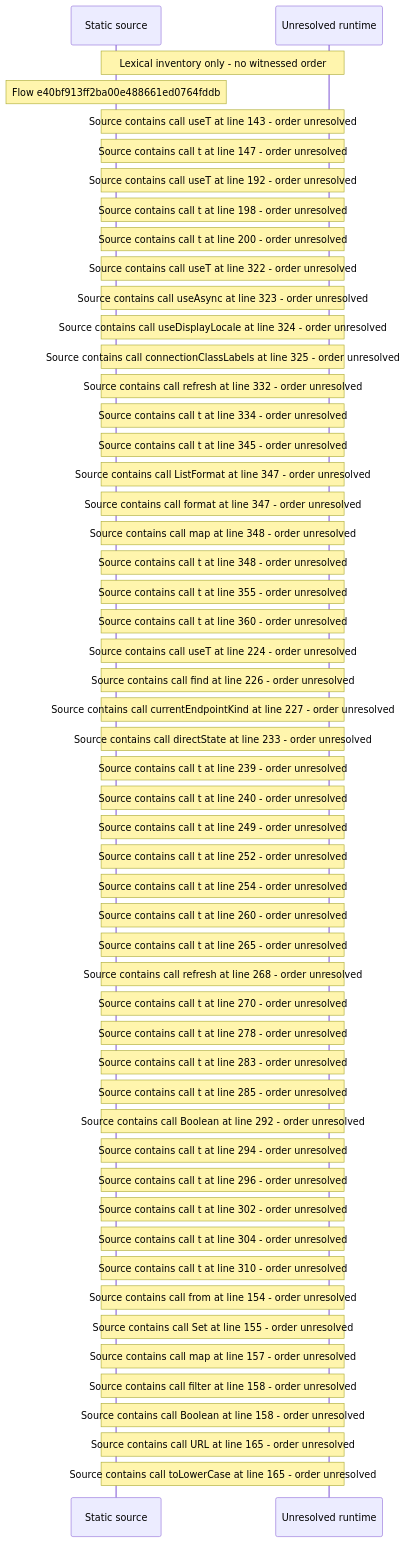
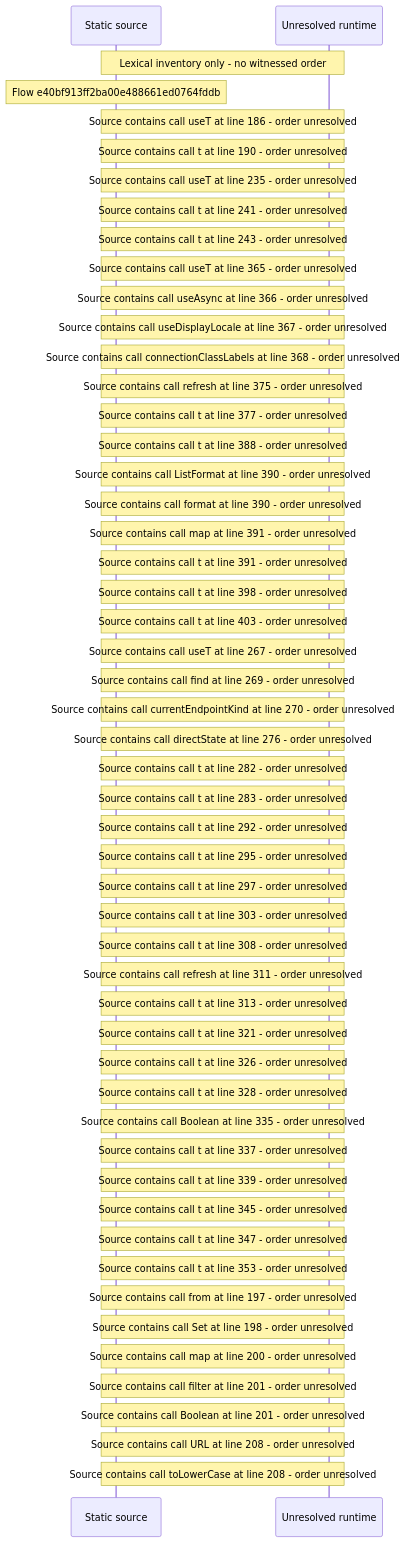
Before and after one commit to beamfall/core: the diagram in docs/web/flows/generated/e40bf913ff2ba00e488661ed0764fddb/flow-diagram.md, drawn with Mermaid. The commit also changed other lines of this file and 715 other files, not shown here.

Commit message:
Regenerate the web flow record on the landing stack head (CORE-1762)

````diff
--- a/docs/web/flows/generated/e40bf913ff2ba00e488661ed0764fddb/flow-diagram.md
+++ b/docs/web/flows/generated/e40bf913ff2ba00e488661ed0764fddb/flow-diagram.md
@@ -10,54 +10,54 @@
 ```mermaid
 sequenceDiagram
     participant S as Static source
     participant U as Unresolved runtime
     Note over S,U: Lexical inventory only - no witnessed order
     Note over S: Flow e40bf913ff2ba00e488661ed0764fddb
-    Note over S,U: Source contains call useT at line 143 - order unresolved
-    Note over S,U: Source contains call t at line 147 - order unresolved
-    Note over S,U: Source contains call useT at line 192 - order unresolved
-    Note over S,U: Source contains call t at line 198 - order unresolved
-    Note over S,U: Source contains call t at line 200 - order unresolved
-    Note over S,U: Source contains call useT at line 322 - order unresolved
-    Note over S,U: Source contains call useAsync at line 323 - order unresolved
-    Note over S,U: Source contains call useDisplayLocale at line 324 - order unresolved
-    Note over S,U: Source contains call connectionClassLabels at line 325 - order unresolved
-    Note over S,U: Source contains call refresh at line 332 - order unresolved
-    Note over S,U: Source contains call t at line 334 - order unresolved
+    Note over S,U: Source contains call useT at line 186 - order unresolved
+    Note over S,U: Source contains call t at line 190 - order unresolved
+    Note over S,U: Source contains call useT at line 235 - order unresolved
+    Note over S,U: Source contains call t at line 241 - order unresolved
+    Note over S,U: Source contains call t at line 243 - order unresolved
+    Note over S,U: Source contains call useT at line 365 - order unresolved
+    Note over S,U: Source contains call useAsync at line 366 - order unresolved
+    Note over S,U: Source contains call useDisplayLocale at line 367 - order unresolved
+    Note over S,U: Source contains call connectionClassLabels at line 368 - order unresolved
+    Note over S,U: Source contains call refresh at line 375 - order unresolved
+    Note over S,U: Source contains call t at line 377 - order unresolved
+    Note over S,U: Source contains call t at line 388 - order unresolved
+    Note over S,U: Source contains call ListFormat at line 390 - order unresolved
+    Note over S,U: Source contains call format at line 390 - order unresolved
+    Note over S,U: Source contains call map at line 391 - order unresolved
+    Note over S,U: Source contains call t at line 391 - order unresolved
+    Note over S,U: Source contains call t at line 398 - order unresolved
+    Note over S,U: Source contains call t at line 403 - order unresolved
+    Note over S,U: Source contains call useT at line 267 - order unresolved
+    Note over S,U: Source contains call find at line 269 - order unresolved
+    Note over S,U: Source contains call currentEndpointKind at line 270 - order unresolved
+    Note over S,U: Source contains call directState at line 276 - order unresolved
+    Note over S,U: Source contains call t at line 282 - order unresolved
+    Note over S,U: Source contains call t at line 283 - order unresolved
+    Note over S,U: Source contains call t at line 292 - order unresolved
+    Note over S,U: Source contains call t at line 295 - order unresolved
+    Note over S,U: Source contains call t at line 297 - order unresolved
+    Note over S,U: Source contains call t at line 303 - order unresolved
+    Note over S,U: Source contains call t at line 308 - order unresolved
+    Note over S,U: Source contains call refresh at line 311 - order unresolved
+    Note over S,U: Source contains call t at line 313 - order unresolved
+    Note over S,U: Source contains call t at line 321 - order unresolved
+    Note over S,U: Source contains call t at line 326 - order unresolved
+    Note over S,U: Source contains call t at line 328 - order unresolved
+    Note over S,U: Source contains call Boolean at line 335 - order unresolved
+    Note over S,U: Source contains call t at line 337 - order unresolved
+    Note over S,U: Source contains call t at line 339 - order unresolved
     Note over S,U: Source contains call t at line 345 - order unresolved
-    Note over S,U: Source contains call ListFormat at line 347 - order unresolved
-    Note over S,U: Source contains call format at line 347 - order unresolved
-    Note over S,U: Source contains call map at line 348 - order unresolved
-    Note over S,U: Source contains call t at line 348 - order unresolved
-    Note over S,U: Source contains call t at line 355 - order unresolved
-    Note over S,U: Source contains call t at line 360 - order unresolved
-    Note over S,U: Source contains call useT at line 224 - order unresolved
-    Note over S,U: Source contains call find at line 226 - order unresolved
-    Note over S,U: Source contains call currentEndpointKind at line 227 - order unresolved
-    Note over S,U: Source contains call directState at line 233 - order unresolved
-    Note over S,U: Source contains call t at line 239 - order unresolved
-    Note over S,U: Source contains call t at line 240 - order unresolved
-    Note over S,U: Source contains call t at line 249 - order unresolved
-    Note over S,U: Source contains call t at line 252 - order unresolved
-    Note over S,U: Source contains call t at line 254 - order unresolved
-    Note over S,U: Source contains call t at line 260 - order unresolved
-    Note over S,U: Source contains call t at line 265 - order unresolved
-    Note over S,U: Source contains call refresh at line 268 - order unresolved
-    Note over S,U: Source contains call t at line 270 - order unresolved
-    Note over S,U: Source contains call t at line 278 - order unresolved
-    Note over S,U: Source contains call t at line 283 - order unresolved
-    Note over S,U: Source contains call t at line 285 - order unresolved
-    Note over S,U: Source contains call Boolean at line 292 - order unresolved
-    Note over S,U: Source contains call t at line 294 - order unresolved
-    Note over S,U: Source contains call t at line 296 - order unresolved
-    Note over S,U: Source contains call t at line 302 - order unresolved
-    Note over S,U: Source contains call t at line 304 - order unresolved
-    Note over S,U: Source contains call t at line 310 - order unresolved
-    Note over S,U: Source contains call from at line 154 - order unresolved
-    Note over S,U: Source contains call Set at line 155 - order unresolved
-    Note over S,U: Source contains call map at line 157 - order unresolved
-    Note over S,U: Source contains call filter at line 158 - order unresolved
-    Note over S,U: Source contains call Boolean at line 158 - order unresolved
-    Note over S,U: Source contains call URL at line 165 - order unresolved
-    Note over S,U: Source contains call toLowerCase at line 165 - order unresolved
+    Note over S,U: Source contains call t at line 347 - order unresolved
+    Note over S,U: Source contains call t at line 353 - order unresolved
+    Note over S,U: Source contains call from at line 197 - order unresolved
+    Note over S,U: Source contains call Set at line 198 - order unresolved
+    Note over S,U: Source contains call map at line 200 - order unresolved
+    Note over S,U: Source contains call filter at line 201 - order unresolved
+    Note over S,U: Source contains call Boolean at line 201 - order unresolved
+    Note over S,U: Source contains call URL at line 208 - order unresolved
+    Note over S,U: Source contains call toLowerCase at line 208 - order unresolved
 ```
````
